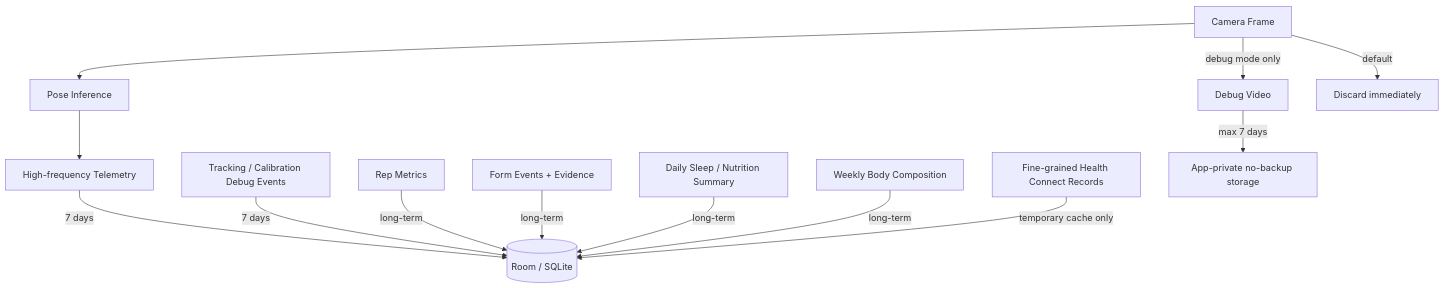
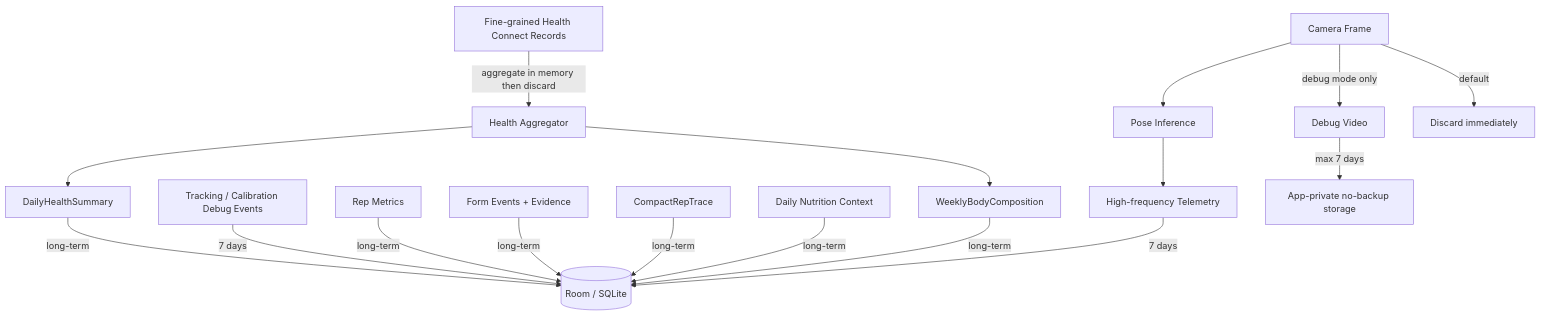
One commit to lazerta/gym-buddy changed the seventh of 7 diagrams in docs/uml/OVERVIEW.md. Above: the diagram before and after it, drawn with Mermaid. The commit also changed other lines of this file, not shown here.

Commit message:
UML v0.4: sync overview with reviewed architecture

````diff
--- a/docs/uml/OVERVIEW.md
+++ b/docs/uml/OVERVIEW.md
@@ -271,15 +321,19 @@
 ```mermaid
 flowchart TD
     F[Camera Frame] --> P[Pose Inference]
     F -->|debug mode only| V[Debug Video]
     F -->|default| D1[Discard immediately]
     P --> T[High-frequency Telemetry]
     T -->|7 days| DB[(Room / SQLite)]
     TE[Tracking / Calibration Debug Events] -->|7 days| DB
     M[Rep Metrics] -->|long-term| DB
     E[Form Events + Evidence] -->|long-term| DB
-    S[Daily Sleep / Nutrition Summary] -->|long-term| DB
-    W[Weekly Body Composition] -->|long-term| DB
-    H[Fine-grained Health Connect Records] -->|temporary cache only| DB
+    CT[CompactRepTrace] -->|long-term| DB
+    N[Daily Nutrition Context] -->|long-term| DB
+    DH[DailyHealthSummary] -->|long-term| DB
+    W[WeeklyBodyComposition] -->|long-term| DB
+    H[Fine-grained Health Connect Records] -->|aggregate in memory then discard| AGG[Health Aggregator]
+    AGG --> DH
+    AGG --> W
     V -->|max 7 days| LF[App-private no-backup storage]
 ```
````
